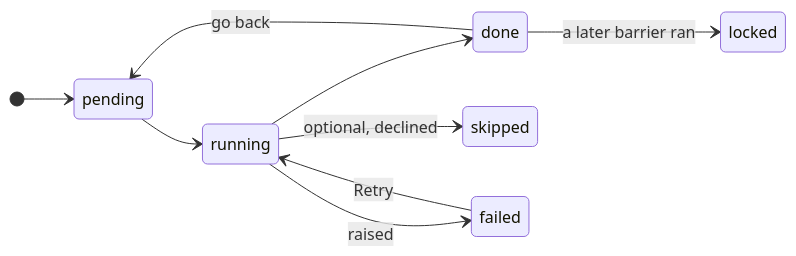
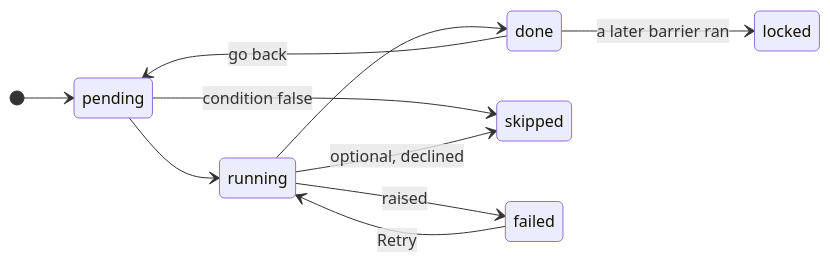
One commit to AllenNeuralDynamics/clabe changed the third of 7 diagrams in docs/concepts/index.md. Above: the diagram before and after it, drawn with Mermaid. The commit also changed 20 other files, not shown here.

````diff
--- a/docs/concepts/index.md
+++ b/docs/concepts/index.md
@@ -31,12 +31,13 @@
 ```mermaid
 stateDiagram-v2
   direction LR
   [*] --> pending
   pending --> running
   running --> done
+  pending --> skipped: condition false
   running --> skipped: optional, declined
   running --> failed: raised
   failed --> running: Retry
   done --> pending: go back
   done --> locked: a later barrier ran
 ```
````
